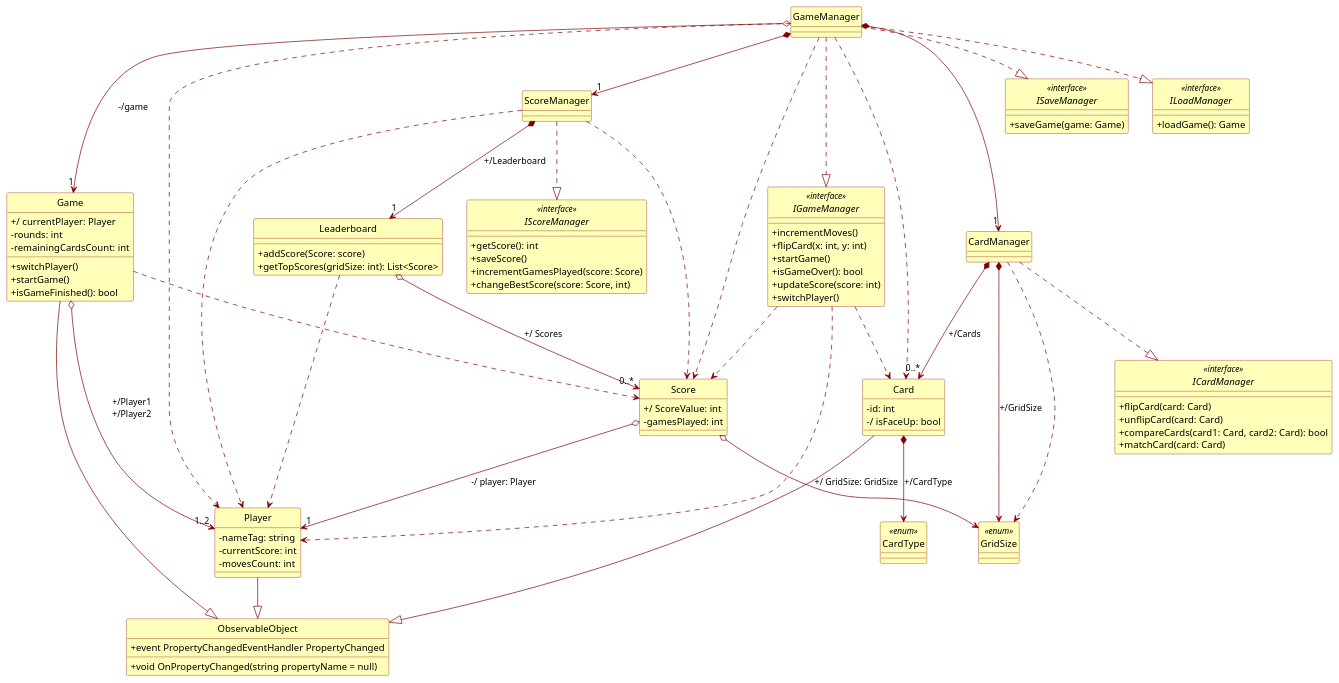
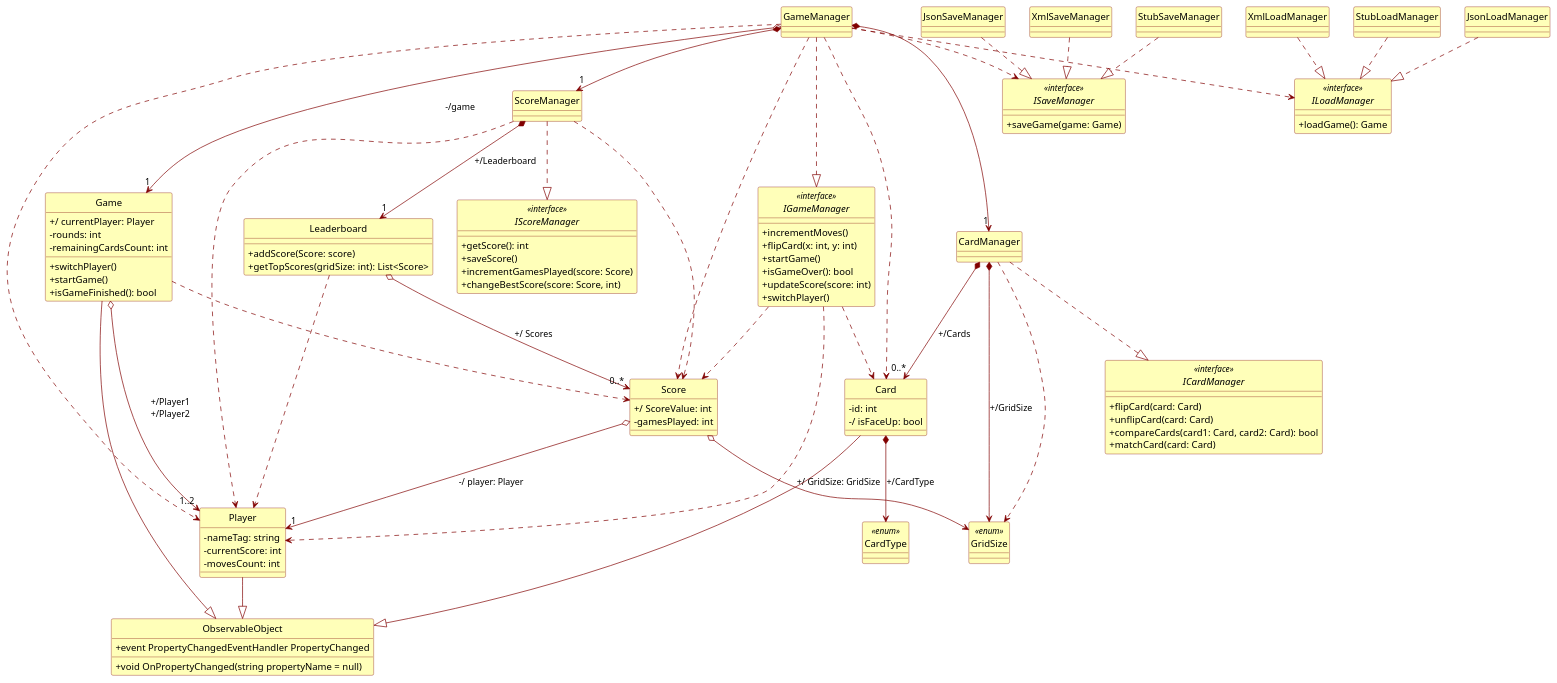
One commit to PosiTr0n505/Game-Memory changed the diagram in src/Docs/Diagrammes/classe_2.md. Above: the diagram before and after it, drawn with PlantUML. The commit also changed other lines of this file, not shown here.

```diff
--- a/src/Docs/Diagrammes/classe_2.md
+++ b/src/Docs/Diagrammes/classe_2.md
@@ -100,8 +100,6 @@
 
 class GameManager
 GameManager ..|> IGameManager
-GameManager ..|> ISaveManager
-GameManager ..|> ILoadManager
 GameManager o--> "1" Game : "-/game"
 GameManager *--> "1" CardManager
 GameManager *--> "1" ScoreManager
@@ -122,6 +120,28 @@
 CardManager *--> "0..*" Card : "+/Cards"
 CardManager *--> GridSize : "+/GridSize"
 
+class StubSaveManager
+class StubLoadManager
+
+class JsonSaveManager
+class JsonLoadManager
+
+class XmlSaveManager
+class XmlLoadManager
+
+StubSaveManager ..|> ISaveManager
+StubLoadManager ..|> ILoadManager
+
+JsonSaveManager ..|> ISaveManager
+JsonLoadManager ..|> ILoadManager
+
+XmlSaveManager ..|> ISaveManager
+XmlLoadManager ..|> ILoadManager
+
+GameManager ..> ISaveManager
+GameManager ..> ILoadManager
+
+
 ' DEPENDANCE
 CardManager ..> GridSize
 
```
